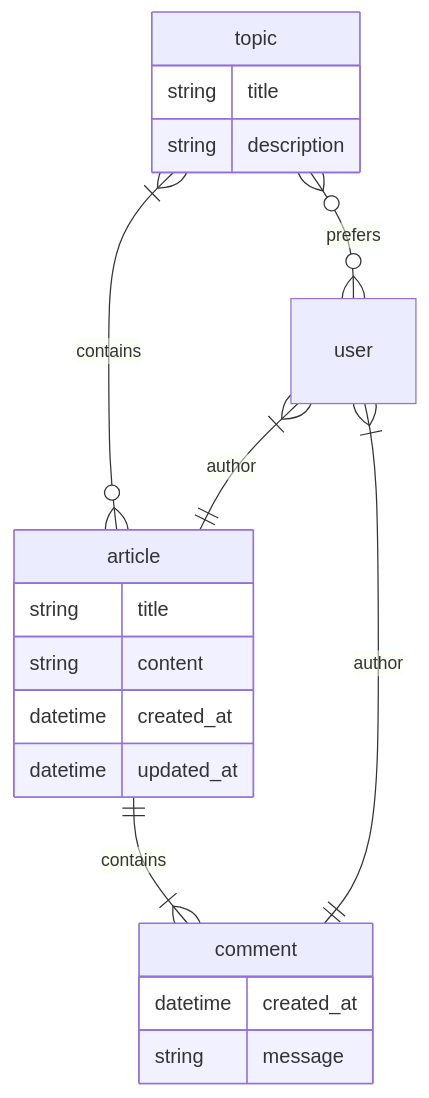
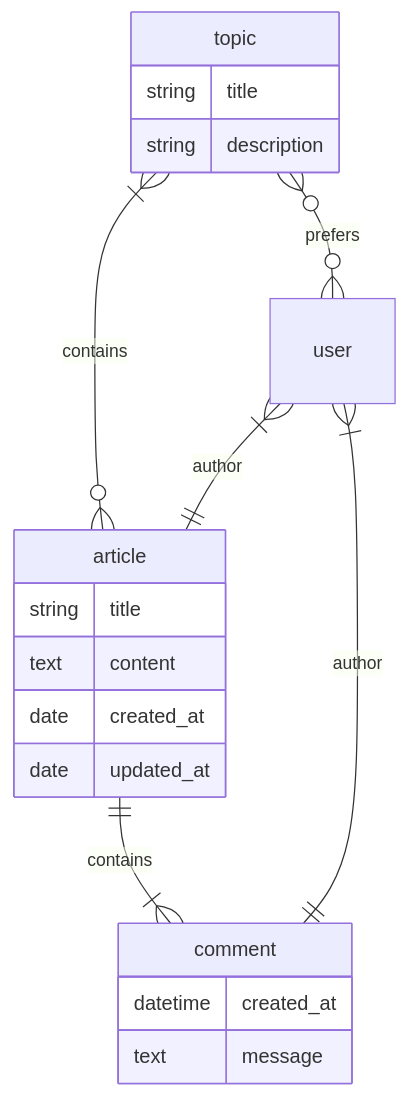
Before and after one commit to edu-python-course/blog-spec: the diagram in models.mmd, drawn with Mermaid. The commit also changed 1 other file, not shown here.

```diff
--- a/models.mmd
+++ b/models.mmd
@@ -1,26 +1,24 @@
 erDiagram
 
     topic {
         string title
         string description
     }
 
     article {
         string title
-        string content
-        datetime created_at
-        datetime updated_at
+        text content
+        date created_at
+        date updated_at
     }
 
     comment {
         datetime created_at
-        string message
+        text message
     }
-
-    user
 
     article ||--|{ comment: contains
     topic }|--o{ article: contains
     topic }o--o{ user: prefers
     user }|--|| article: author
     user }|--|| comment: author
```
